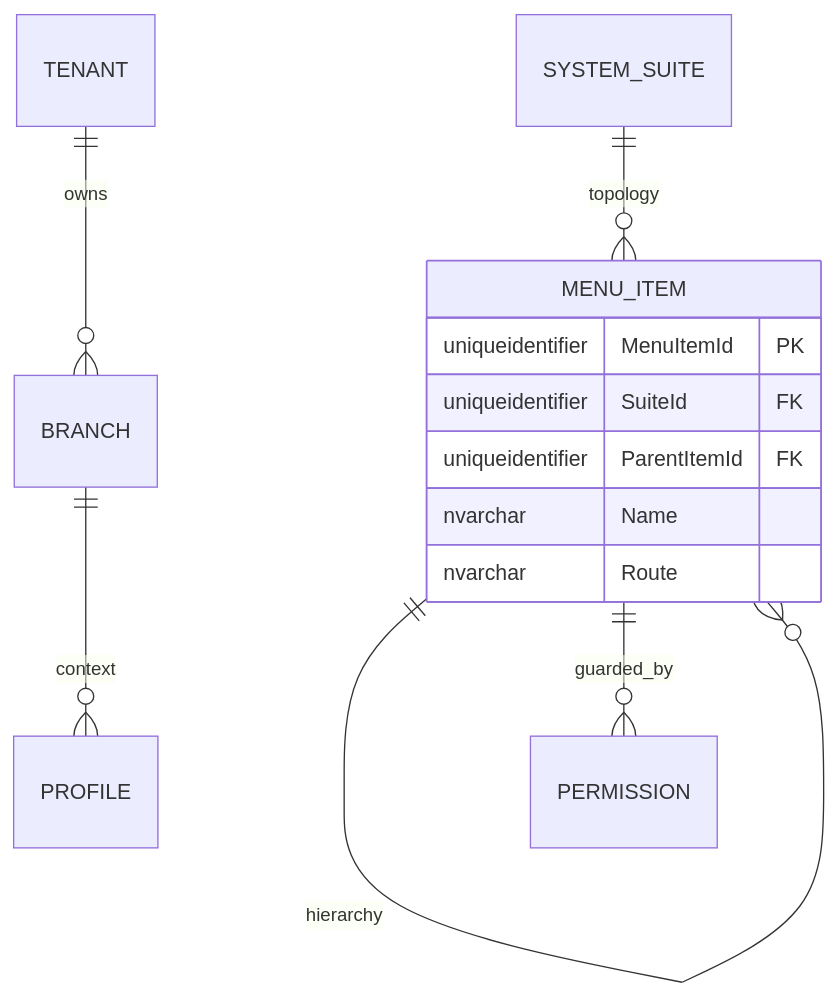
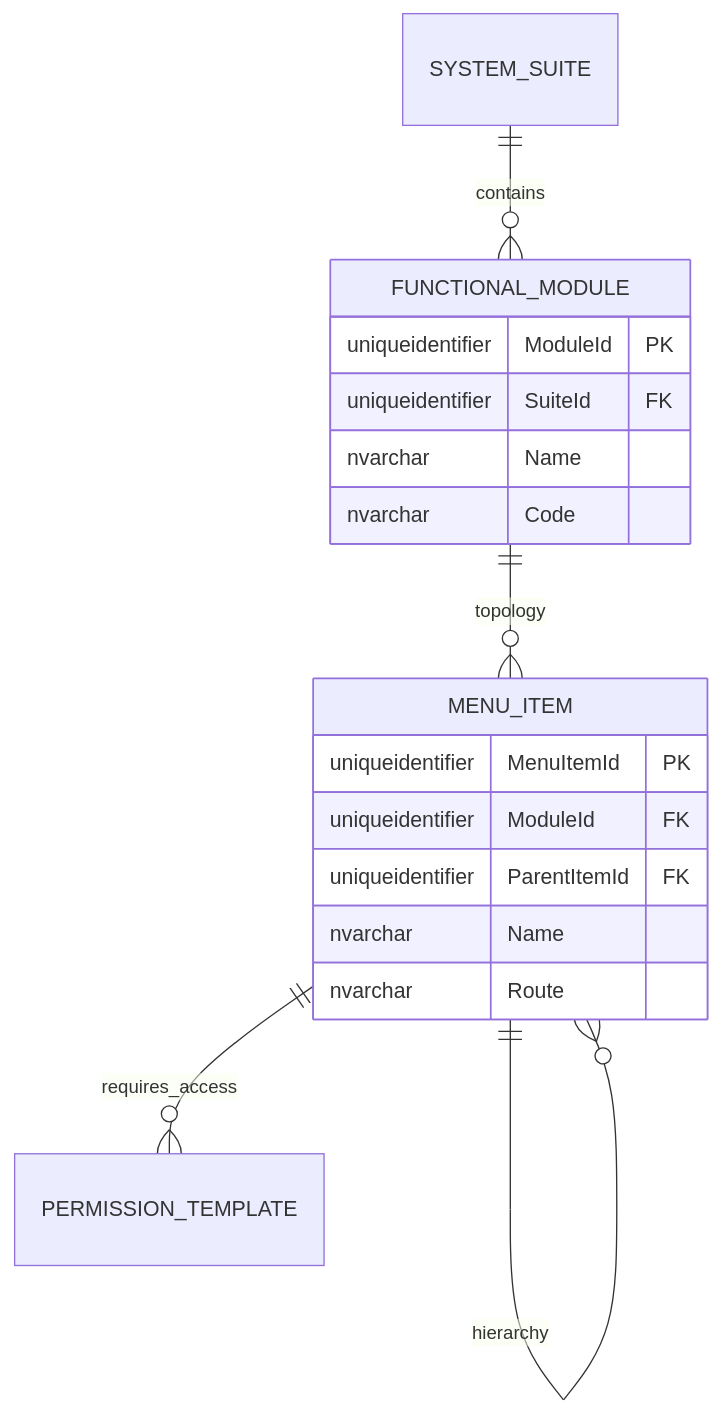
The third of 4 diagrams in architecture/blueprints/database-design-er.md (beyondnetcode/ums), drawn with Mermaid before and after one commit. The commit also changed other lines of this file and 5 other files, not shown here.

````diff
--- a/architecture/blueprints/database-design-er.md
+++ b/architecture/blueprints/database-design-er.md
@@ -123,16 +93,22 @@
 ```mermaid
 erDiagram
-    TENANT ||--o{ BRANCH : "owns"
-    SYSTEM_SUITE ||--o{ MENU_ITEM : "topology"
+    SYSTEM_SUITE ||--o{ FUNCTIONAL_MODULE : "contains"
+    FUNCTIONAL_MODULE ||--o{ MENU_ITEM : "topology"
     MENU_ITEM ||--o{ MENU_ITEM : "hierarchy"
-    MENU_ITEM ||--o{ PERMISSION : "guarded_by"
-    BRANCH ||--o{ PROFILE : "context"
-
+    MENU_ITEM ||--o{ PERMISSION_TEMPLATE : "requires_access"
+    
+    FUNCTIONAL_MODULE {
+        uniqueidentifier ModuleId PK
+        uniqueidentifier SuiteId FK
+        nvarchar Name
+        nvarchar Code
+    }
+    
     MENU_ITEM {
         uniqueidentifier MenuItemId PK
-        uniqueidentifier SuiteId FK
+        uniqueidentifier ModuleId FK
         uniqueidentifier ParentItemId FK
         nvarchar Name
         nvarchar Route
     }
 ```
````
